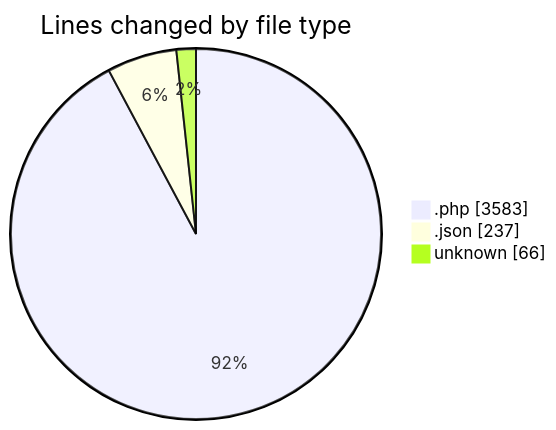
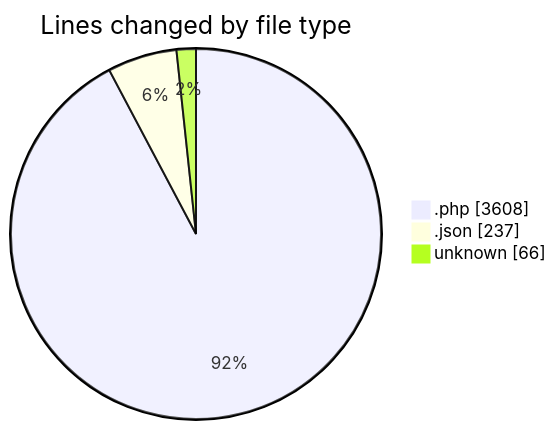
The first of 2 diagrams in 2025-06-06/sewa-mobil/README.md (idhammustaqopulfikri/code-tracking), drawn with Mermaid before and after one commit. The commit also changed other lines of this file and 1 other file, not shown here.

````diff
--- a/2025-06-06/sewa-mobil/README.md
+++ b/2025-06-06/sewa-mobil/README.md
@@ -32,7 +33,7 @@
 ```mermaid
 pie showData
 title Lines changed by file type
-".php" : 3583
+".php" : 3608
 ".json" : 237
 "unknown" : 66
 ```
````
